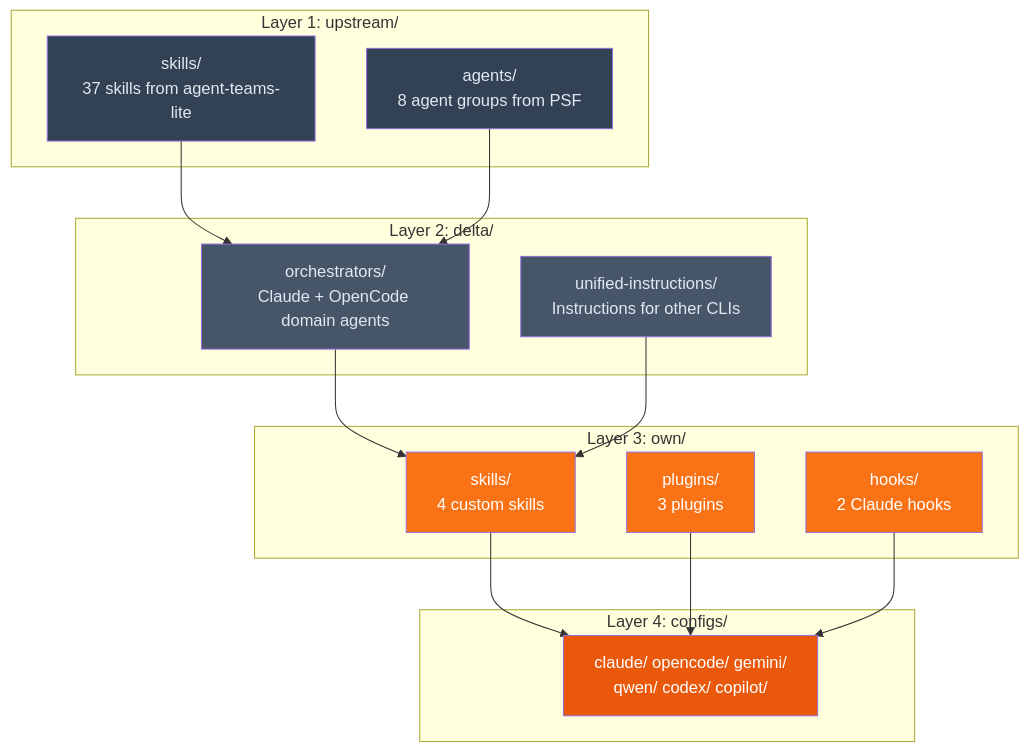
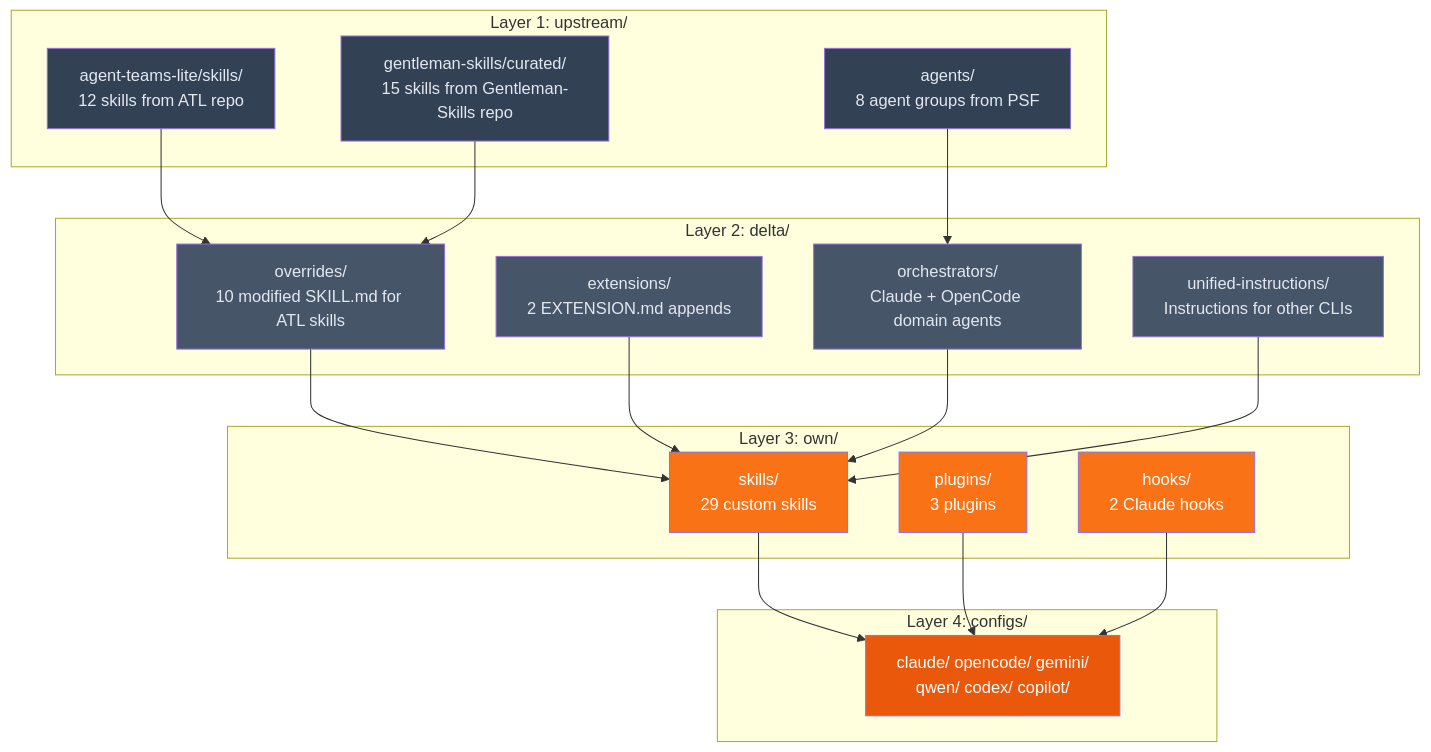
The first of 3 diagrams in docs/architecture.md (JNZader/javi-ai), drawn with Mermaid before and after one commit. The commit also changed other lines of this file and 3 other files, not shown here.

Commit message:
docs: update documentation for 3-layer skill architecture

````diff
--- a/docs/architecture.md
+++ b/docs/architecture.md
@@ -7,39 +7,48 @@
 ```mermaid
 flowchart TB
     subgraph "Layer 1: upstream/"
-        US_SK["skills/<br/>37 skills from agent-teams-lite"]
+        US_ATL["agent-teams-lite/skills/<br/>12 skills from ATL repo"]
+        US_GS["gentleman-skills/curated/<br/>15 skills from Gentleman-Skills repo"]
         US_AG["agents/<br/>8 agent groups from PSF"]
     end
 
     subgraph "Layer 2: delta/"
+        DL_OV["overrides/<br/>10 modified SKILL.md for ATL skills"]
+        DL_EX["extensions/<br/>2 EXTENSION.md appends"]
         DL_OR["orchestrators/<br/>Claude + OpenCode domain agents"]
         DL_UI["unified-instructions/<br/>Instructions for other CLIs"]
     end
 
     subgraph "Layer 3: own/"
-        OW_SK["skills/<br/>4 custom skills"]
+        OW_SK["skills/<br/>29 custom skills"]
         OW_PL["plugins/<br/>3 plugins"]
         OW_HK["hooks/<br/>2 Claude hooks"]
     end
 
     subgraph "Layer 4: configs/"
         CF["claude/ opencode/ gemini/<br/>qwen/ codex/ copilot/"]
     end
 
-    US_SK --> DL_OR
+    US_ATL --> DL_OV
+    US_GS --> DL_OV
     US_AG --> DL_OR
+    DL_OV --> OW_SK
+    DL_EX --> OW_SK
     DL_OR --> OW_SK
     DL_UI --> OW_SK
     OW_SK --> CF
     OW_PL --> CF
     OW_HK --> CF
 
-    style US_SK fill:#334155,color:#e2e8f0
+    style US_ATL fill:#334155,color:#e2e8f0
+    style US_GS fill:#334155,color:#e2e8f0
     style US_AG fill:#334155,color:#e2e8f0
+    style DL_OV fill:#475569,color:#e2e8f0
+    style DL_EX fill:#475569,color:#e2e8f0
     style DL_OR fill:#475569,color:#e2e8f0
     style DL_UI fill:#475569,color:#e2e8f0
     style OW_SK fill:#f97316,color:#fff
     style OW_PL fill:#f97316,color:#fff
     style OW_HK fill:#f97316,color:#fff
     style CF fill:#ea580c,color:#fff
 ```
````
